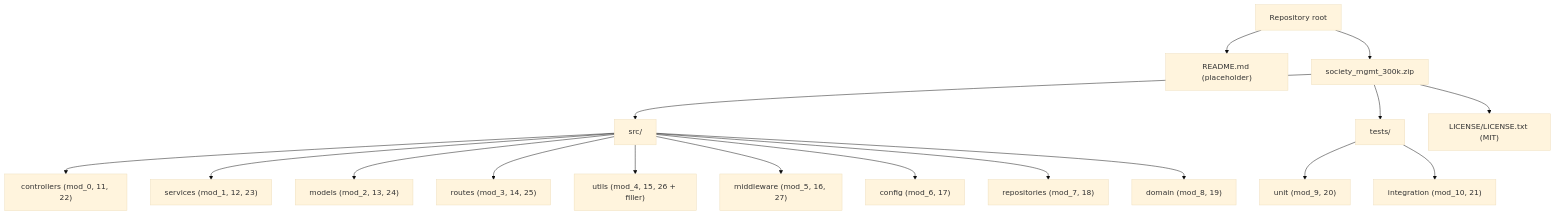
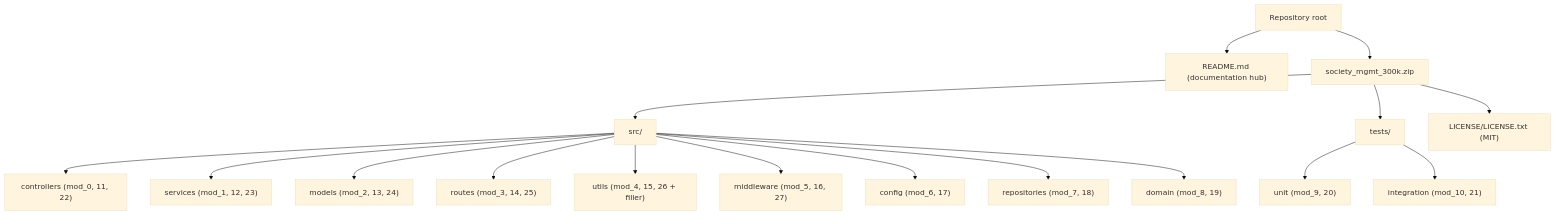
Before and after one commit to ajitblitzy/Society_mngt_300K_Nested: the diagram in docs/architecture/overview.md, drawn with Mermaid (base theme). The commit also changed other lines of this file and 14 other files, not shown here.

````diff
--- a/docs/architecture/overview.md
+++ b/docs/architecture/overview.md
@@ -44,19 +44,19 @@
 ```mermaid
 graph TD
-    ROOT["Repository root"] --> RM["README.md (placeholder)"]
+    ROOT["Repository root"] --> RM["README.md (documentation hub)"]
     ROOT --> ZIP["society_mgmt_300k.zip"]
     ZIP --> SRC["src/"]
     ZIP --> TST["tests/"]
     ZIP --> LIC["LICENSE/LICENSE.txt (MIT)"]
     SRC --> C["controllers (mod_0, 11, 22)"]
     SRC --> S["services (mod_1, 12, 23)"]
     SRC --> M["models (mod_2, 13, 24)"]
     SRC --> R["routes (mod_3, 14, 25)"]
     SRC --> U["utils (mod_4, 15, 26 + filler)"]
     SRC --> MW["middleware (mod_5, 16, 27)"]
     SRC --> CF["config (mod_6, 17)"]
     SRC --> RP["repositories (mod_7, 18)"]
     SRC --> D["domain (mod_8, 19)"]
     TST --> UT["unit (mod_9, 20)"]
     TST --> IT["integration (mod_10, 21)"]
 ```
````
